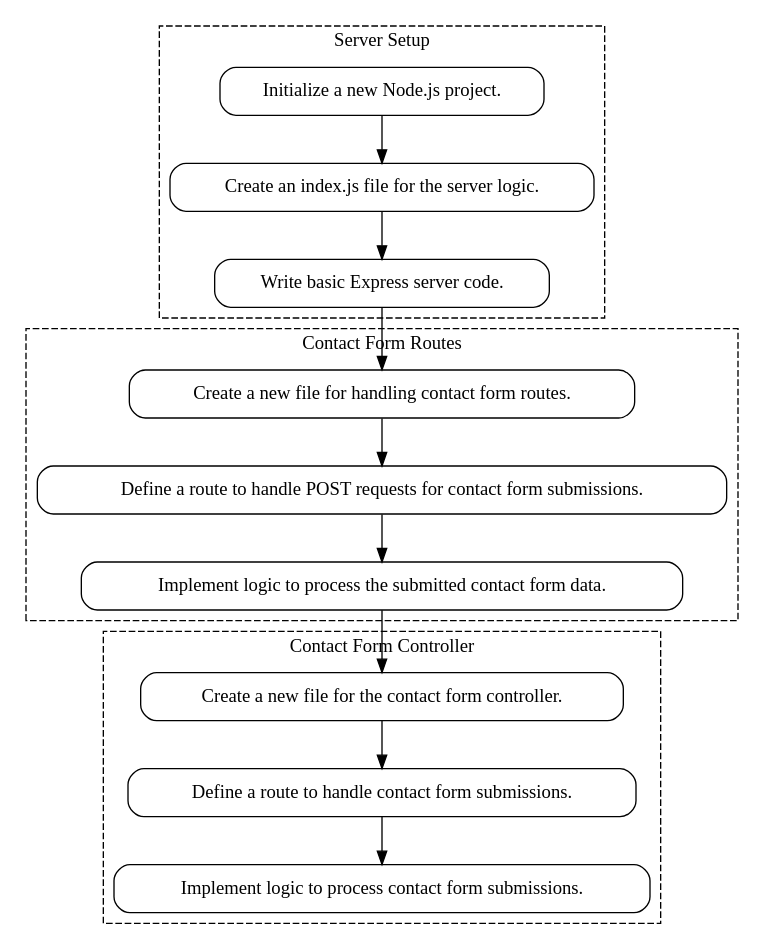
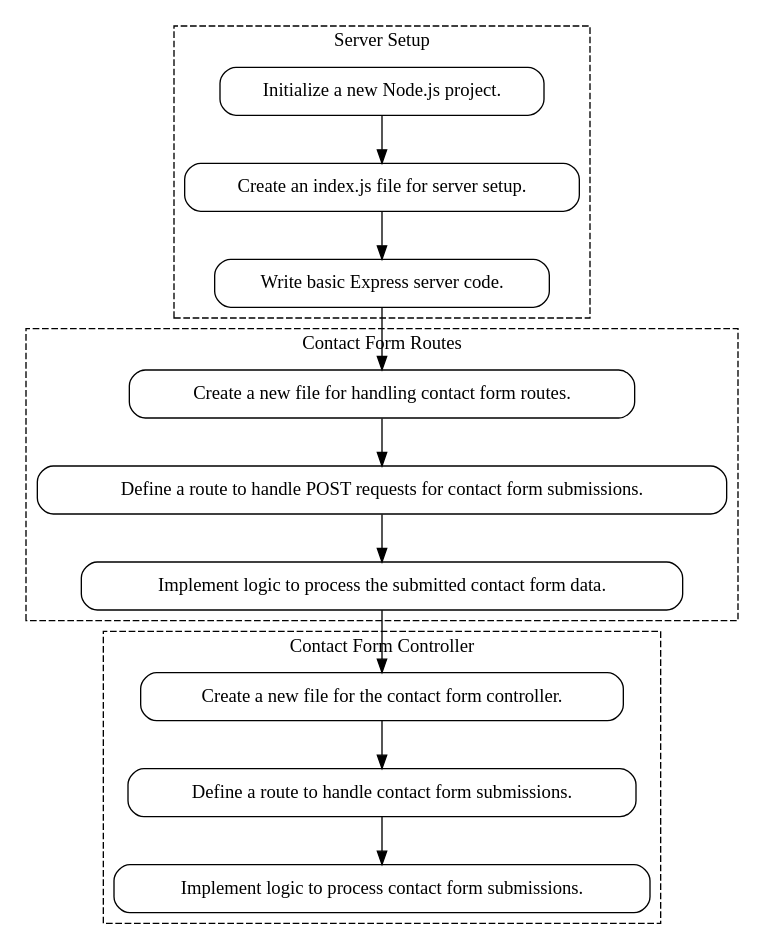
Before and after one commit to pojeesahil/Kaizen: the diagram in work/DAG/dag_flow.dot, drawn with Graphviz. The commit also changed 8 other files, not shown here.

```diff
--- a/work/DAG/dag_flow.dot
+++ b/work/DAG/dag_flow.dot
@@ -1,33 +1,33 @@
 digraph DAGPlan {
 rankdir = "TB";
 node [shape = box, style = rounded];
-subgraph cluster_server_637e2c {
+subgraph cluster_server_408dc2 {
 label="Server Setup";
 style=dashed;
-        server_637e2c_t1_411ec9 [label="Initialize a new Node.js project."];
-        server_637e2c_t2_515476 [label="Create an index.js file for the server logic."];
-        server_637e2c_t3_853ccd [label="Write basic Express server code."];
+        server_408dc2_t1_58c1a9 [label="Initialize a new Node.js project."];
+        server_408dc2_t2_d4971d [label="Create an index.js file for server setup."];
+        server_408dc2_t3_ec9255 [label="Write basic Express server code."];
 }
-subgraph cluster_routes_ca6b7f {
+subgraph cluster_routes_918882 {
 label="Contact Form Routes";
 style=dashed;
-        routes_ca6b7f_t1_95ca48 [label="Create a new file for handling contact form routes."];
-        routes_ca6b7f_t2_1b5a9d [label="Define a route to handle POST requests for contact form submissions."];
-        routes_ca6b7f_t3_32faf9 [label="Implement logic to process the submitted contact form data."];
+        routes_918882_t1_51a3db [label="Create a new file for handling contact form routes."];
+        routes_918882_t2_ce14ea [label="Define a route to handle POST requests for contact form submissions."];
+        routes_918882_t3_666d8f [label="Implement logic to process the submitted contact form data."];
 }
-subgraph cluster_controller_873f4f {
+subgraph cluster_controller_88d5c0 {
 label="Contact Form Controller";
 style=dashed;
-        controller_873f4f_t1_18c3fe [label="Create a new file for the contact form controller."];
-        controller_873f4f_t2_c4b7db [label="Define a route to handle contact form submissions."];
-        controller_873f4f_t3_7bc829 [label="Implement logic to process contact form submissions."];
+        controller_88d5c0_t1_3c491b [label="Create a new file for the contact form controller."];
+        controller_88d5c0_t2_f0a38c [label="Define a route to handle contact form submissions."];
+        controller_88d5c0_t3_9c02bf [label="Implement logic to process contact form submissions."];
 }
-    server_637e2c_t1_411ec9 -> server_637e2c_t2_515476;
-    server_637e2c_t2_515476 -> server_637e2c_t3_853ccd;
-    server_637e2c_t3_853ccd -> routes_ca6b7f_t1_95ca48;
-    routes_ca6b7f_t1_95ca48 -> routes_ca6b7f_t2_1b5a9d;
-    routes_ca6b7f_t2_1b5a9d -> routes_ca6b7f_t3_32faf9;
-    routes_ca6b7f_t3_32faf9 -> controller_873f4f_t1_18c3fe;
-    controller_873f4f_t1_18c3fe -> controller_873f4f_t2_c4b7db;
-    controller_873f4f_t2_c4b7db -> controller_873f4f_t3_7bc829;
+    server_408dc2_t1_58c1a9 -> server_408dc2_t2_d4971d;
+    server_408dc2_t2_d4971d -> server_408dc2_t3_ec9255;
+    server_408dc2_t3_ec9255 -> routes_918882_t1_51a3db;
+    routes_918882_t1_51a3db -> routes_918882_t2_ce14ea;
+    routes_918882_t2_ce14ea -> routes_918882_t3_666d8f;
+    routes_918882_t3_666d8f -> controller_88d5c0_t1_3c491b;
+    controller_88d5c0_t1_3c491b -> controller_88d5c0_t2_f0a38c;
+    controller_88d5c0_t2_f0a38c -> controller_88d5c0_t3_9c02bf;
 }
```
